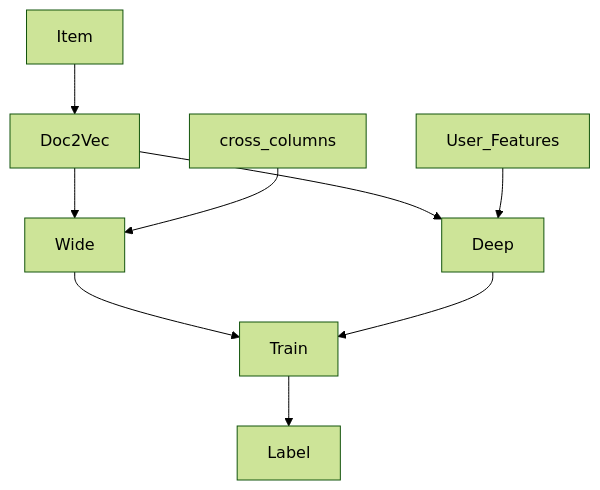
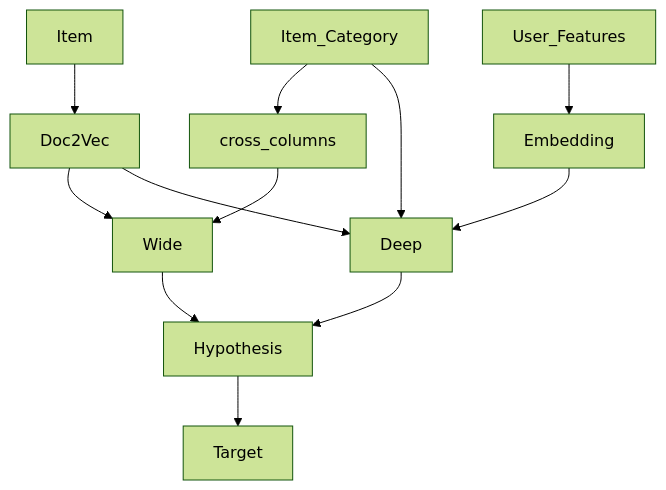
One commit to Park-Ju-hyeong/Wide-Deep-Learning changed the first of 2 diagrams in README.md. Above: the diagram before and after it, drawn with Mermaid (forest theme). The commit also changed other lines of this file and 9 other files, not shown here.

````diff
--- a/README.md
+++ b/README.md
@@ -36,11 +36,14 @@
 ```mermaid
 graph TD
     Doc2Vec--> Wide
     Item --> Doc2Vec
+    Item_Category --> cross_columns
     cross_columns --> Wide
+    Item_Category --> Deep
     Doc2Vec--> Deep 
-    User_Features --> Deep
-    Wide--> Train 
-    Deep--> Train
-    Train --> Label
+    User_Features --> Embedding
+    Embedding --> Deep
+    Wide--> Hypothesis 
+    Deep--> Hypothesis
+    Hypothesis --> Target
 ```
````
